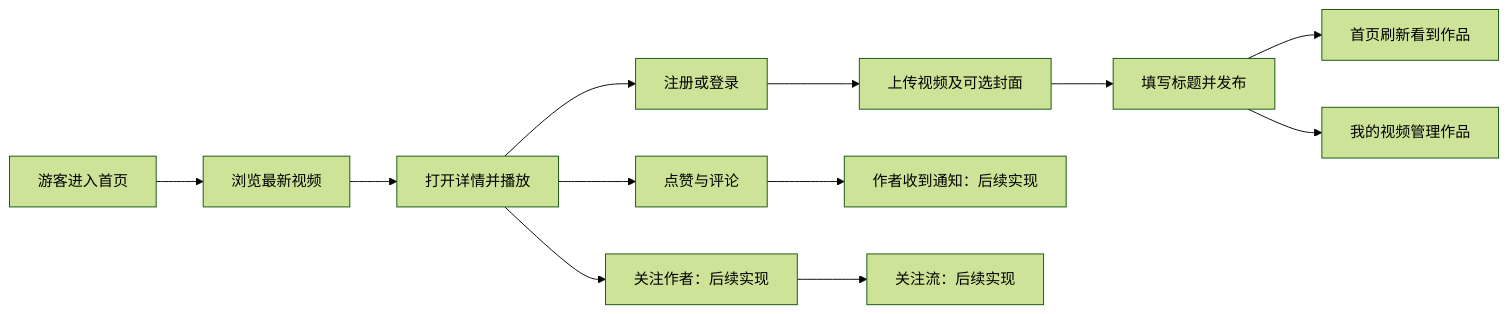
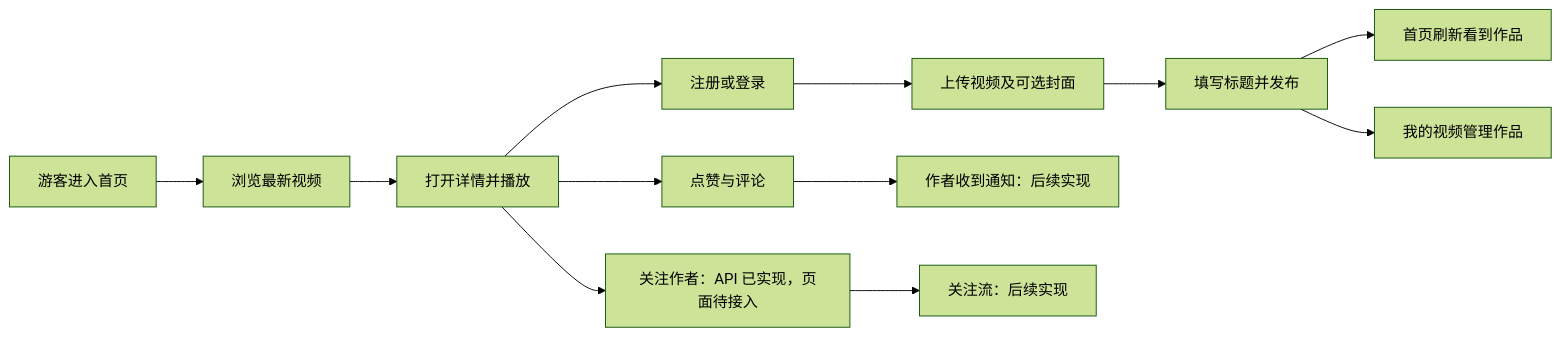
One commit to P3anut3/GoStream changed the first of 2 diagrams in docs/learning/00_project_roadmap.md. Above: the diagram before and after it, drawn with Mermaid (forest theme). The commit also changed other lines of this file and 17 other files, not shown here.

````diff
--- a/docs/learning/00_project_roadmap.md
+++ b/docs/learning/00_project_roadmap.md
@@ -17,14 +17,14 @@
 ```mermaid
 flowchart LR
     A[游客进入首页] --> B[浏览最新视频]
     B --> C[打开详情并播放]
     C --> D[注册或登录]
     D --> E[上传视频及可选封面]
     E --> F[填写标题并发布]
     F --> G[首页刷新看到作品]
     F --> H[我的视频管理作品]
     C --> I[点赞与评论]
     I --> J[作者收到通知：后续实现]
-    C --> K[关注作者：后续实现]
+    C --> K[关注作者：API 已实现，页面待接入]
     K --> L[关注流：后续实现]
 ```
````
